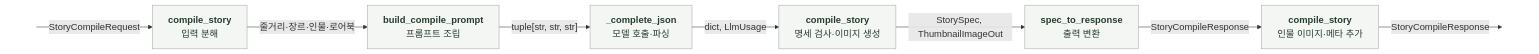
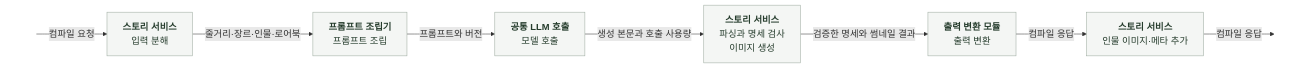
The second of 4 diagrams in docs/domain/STORY/AI/6-2-SOFTWARE-IMPLEMENTATION.md (KIM-N-KANG/knk-harness), drawn with Mermaid before and after one commit. The commit also changed other lines of this file and 24 other files, not shown here.

First line of the commit message:
[KNK-1422] Docs: AI 명세와 평가 기준 정리 및 채팅 프롬프트 전환 (#417)

````diff
--- a/docs/domain/STORY/AI/6-2-SOFTWARE-IMPLEMENTATION.md
+++ b/docs/domain/STORY/AI/6-2-SOFTWARE-IMPLEMENTATION.md
@@ -202,17 +64,17 @@
 ```mermaid
 %%{init: {"themeVariables": {"fontSize": "18px"}, "flowchart": {"curve": "basis", "htmlLabels": true, "nodeSpacing": 24, "rankSpacing": 48}}}%%
 flowchart LR
-    I[" "] -->|StoryCompileRequest| A["<b>compile_story</b><br/>입력 분해"]
-    A -->|줄거리·장르·인물·로어북| B["<b>build_compile_prompt</b><br/>프롬프트 조립"]
-    B -->|"tuple[str, str, str]"| C["<b>_complete_json</b><br/>모델 호출·파싱"]
-    C -->|"dict, LlmUsage"| D["<b>compile_story</b><br/>명세 검사·이미지 생성"]
-    D -->|"StorySpec, ThumbnailImageOut"| E["<b>spec_to_response</b><br/>출력 변환"]
-    E -->|StoryCompileResponse| F["<b>compile_story</b><br/>인물 이미지·메타 추가"]
-    F -->|StoryCompileResponse| O[" "]
+    I[" "] -->|컴파일 요청| A["<b>스토리 서비스</b><br/>입력 분해"]
+    A -->|줄거리·장르·인물·로어북| B["<b>프롬프트 조립기</b><br/>프롬프트 조립"]
+    B -->|"프롬프트와 버전"| C["<b>공통 LLM 호출</b><br/>모델 호출"]
+    C -->|"생성 본문과 호출 사용량"| D["<b>스토리 서비스</b><br/>파싱과 명세 검사<br/>이미지 생성"]
+    D -->|"검증한 명세와 썸네일 결과"| E["<b>출력 변환 모듈</b><br/>출력 변환"]
+    E -->|컴파일 응답| F["<b>스토리 서비스</b><br/>인물 이미지·메타 추가"]
+    F -->|컴파일 응답| O[" "]
     classDef data fill:#E8F2E8,stroke:#527A59,color:#182D1D
     classDef task fill:#F5D9C9,stroke:#B97450,color:#452B1D
     classDef code fill:#F4F6F4,stroke:#9BA99E,color:#253C2C
     class A,B,C,D,E,F code
     style I fill:none,stroke:none
     style O fill:none,stroke:none
 ```
````
